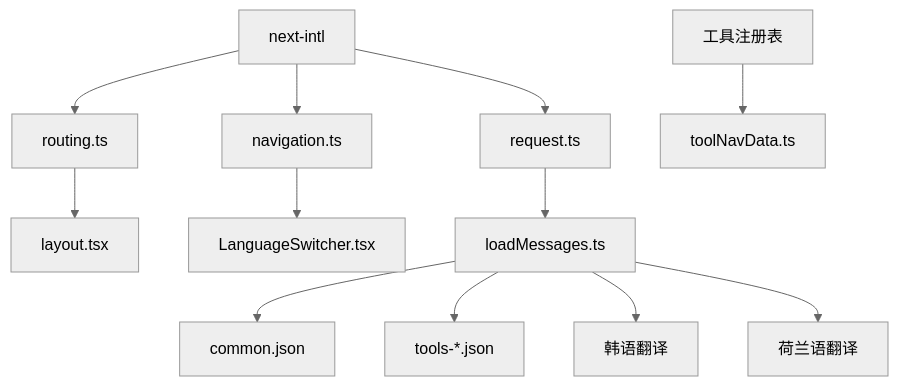
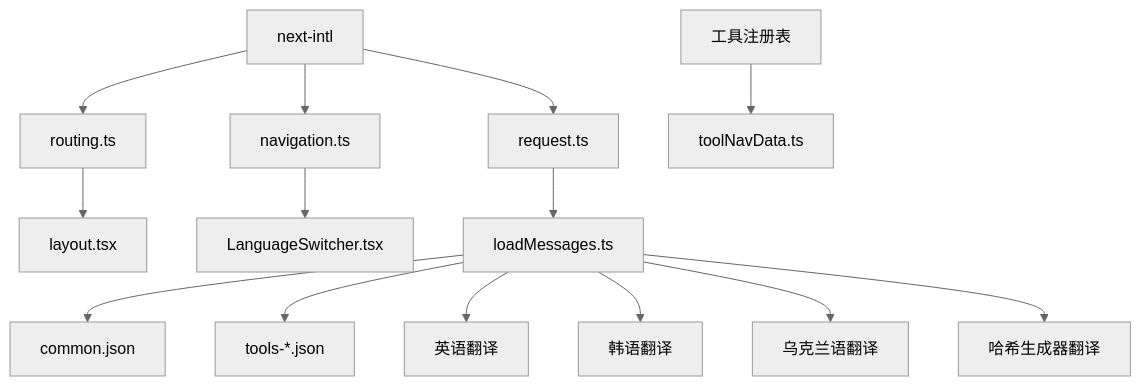
Before and after one commit to sgyy/privadeck: the ninth of 9 diagrams in .qoder/repowiki/zh/content/国际化系统.md, drawn with Mermaid (neutral theme). The commit also changed other lines of this file and 4 other files, not shown here.

````diff
--- a/.qoder/repowiki/zh/content/国际化系统.md
+++ b/.qoder/repowiki/zh/content/国际化系统.md
@@ -363,14 +378,16 @@
 ```mermaid
 graph TB
 NEXTINTL["next-intl"] --> ROUTING["routing.ts"]
 NEXTINTL --> NAV["navigation.ts"]
 NEXTINTL --> REQUEST["request.ts"]
 ROUTING --> LAYOUT["layout.tsx"]
 NAV --> SWITCHER["LanguageSwitcher.tsx"]
 REQUEST --> LOAD["loadMessages.ts"]
 LOAD --> COMMON["common.json"]
 LOAD --> TOOLS["tools-*.json"]
+LOAD --> EN["英语翻译"]
 LOAD --> KO["韩语翻译"]
-LOAD --> NL["荷兰语翻译"]
+LOAD --> UK["乌克兰语翻译"]
+LOAD --> HASH["哈希生成器翻译"]
 REGISTRY["工具注册表"] --> TOOLNAV["toolNavData.ts"]
 ```
````
